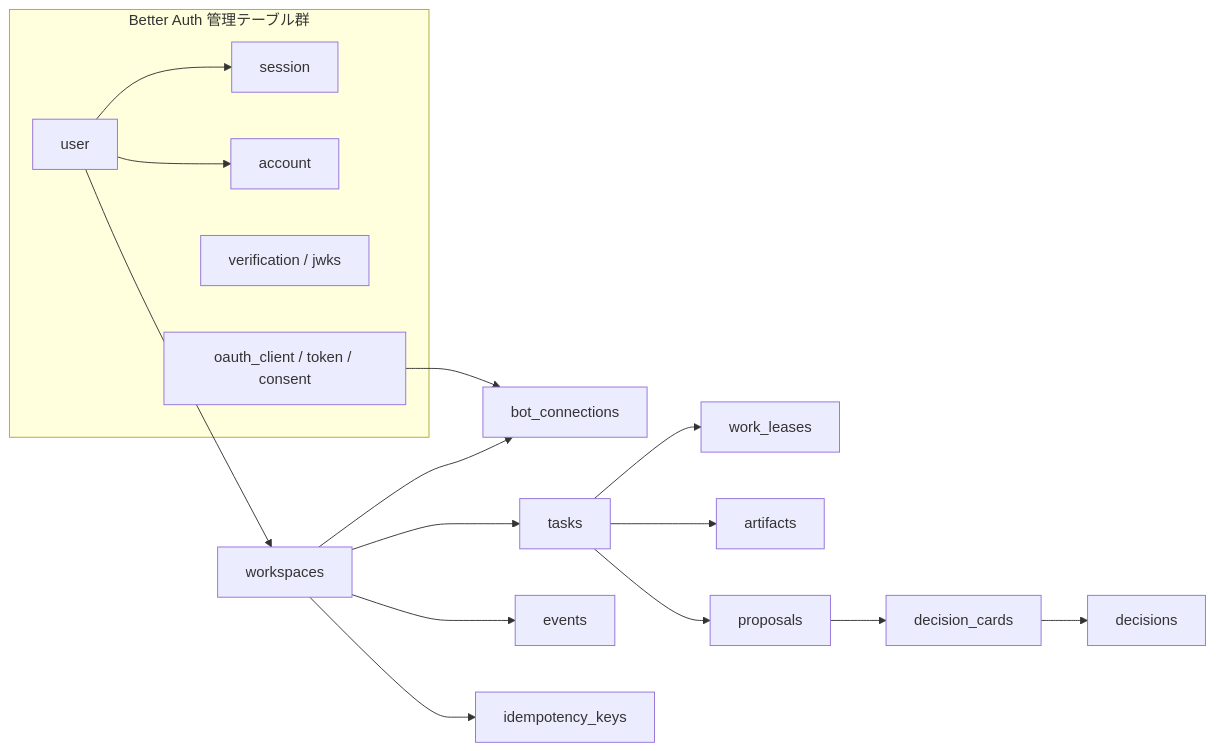
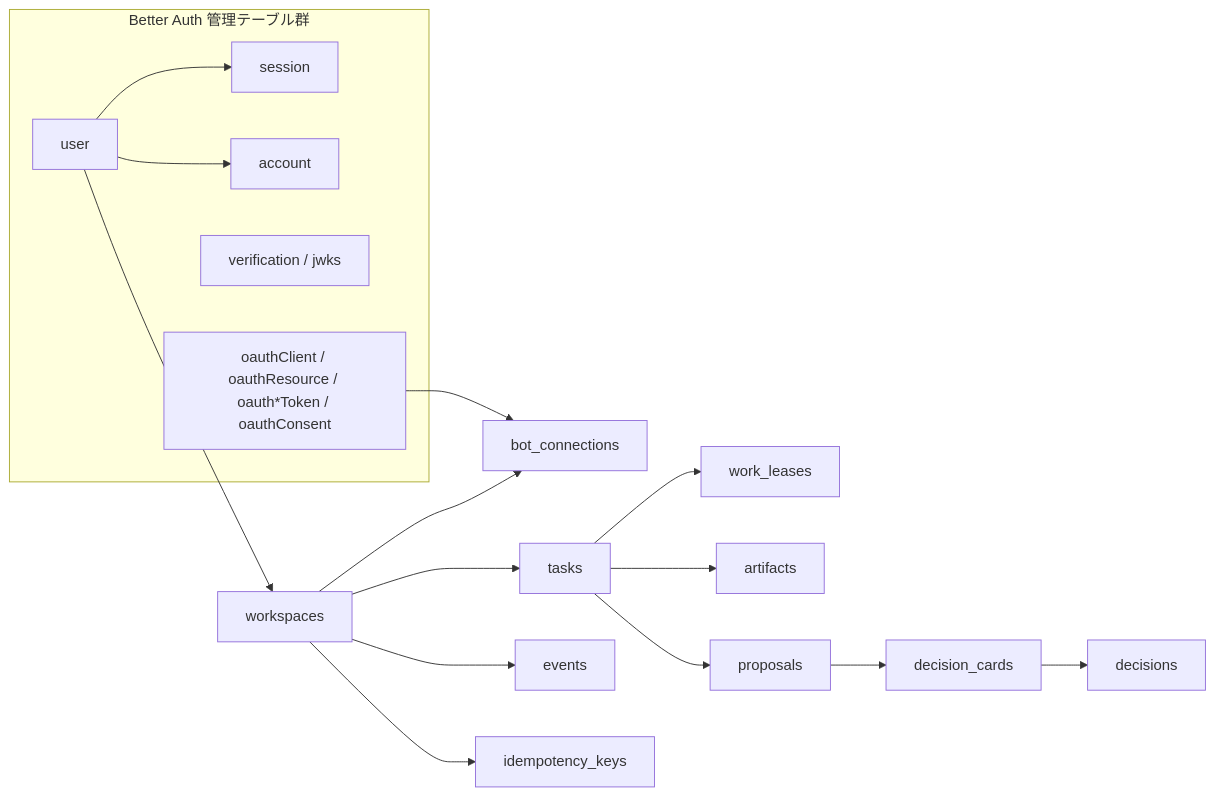
One commit to kkyosuke/bot-board changed the first of 4 diagrams in docs/data-and-state.md. Above: the diagram before and after it, drawn with Mermaid. The commit also changed other lines of this file and 38 other files, not shown here.

````diff
--- a/docs/data-and-state.md
+++ b/docs/data-and-state.md
@@ -7,21 +7,21 @@
 ```mermaid
 flowchart LR
   subgraph Auth["Better Auth 管理テーブル群"]
     US["user"] --> SE["session"]
     US --> AC["account"]
     VF["verification / jwks"]
-    OA["oauth_client / token / consent"]
+    OA["oauthClient / oauthResource / oauth*Token / oauthConsent"]
   end
 
   US --> WS["workspaces"]
   OA --> BC["bot_connections"]
   WS --> BC
   WS --> TK["tasks"]
   TK --> WL["work_leases"]
   TK --> AR["artifacts"]
   TK --> PR["proposals"]
   PR --> DC["decision_cards"]
   DC --> DE["decisions"]
   WS --> EV["events"]
   WS --> IK["idempotency_keys"]
 ```
````
